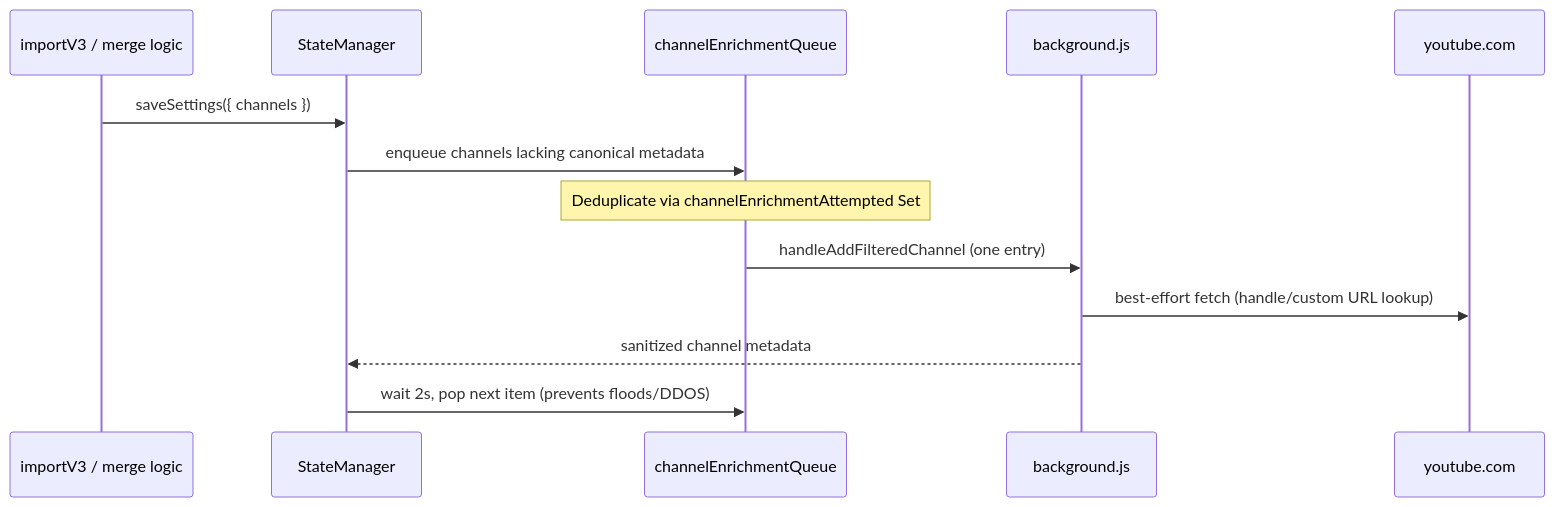
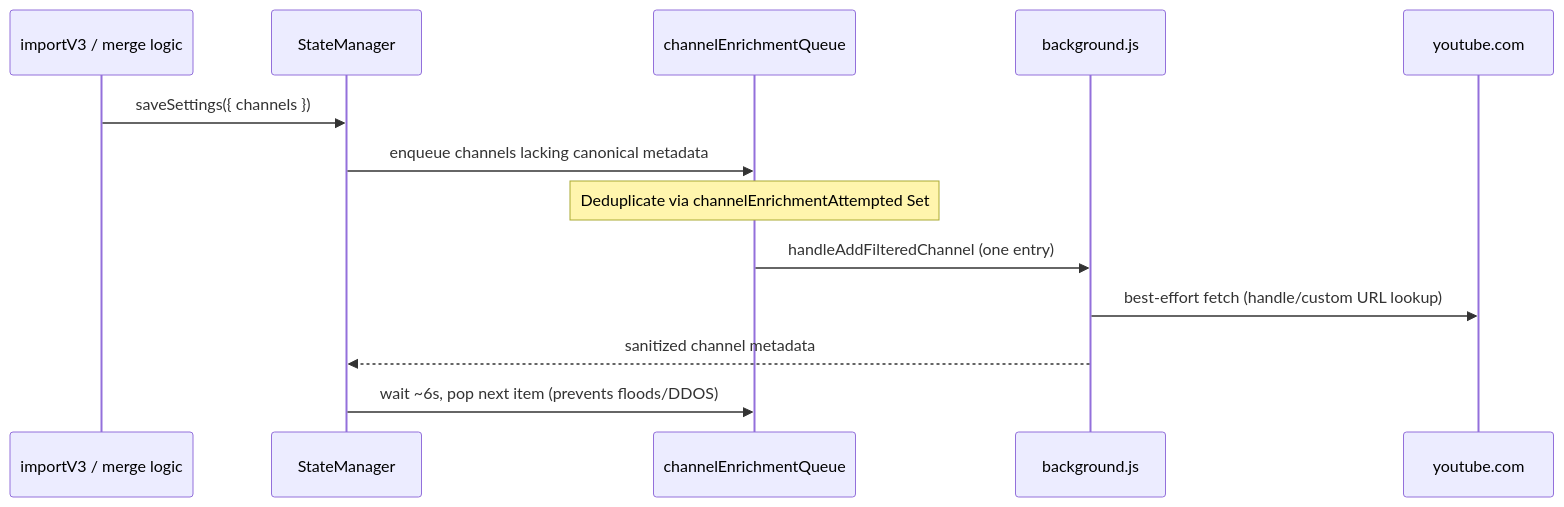
Before and after one commit to varshneydevansh/FilterTube: the sixth of 6 diagrams in docs/TECHNICAL.md, drawn with Mermaid. The commit also changed other lines of this file and 6 other files, not shown here.

````diff
--- a/docs/TECHNICAL.md
+++ b/docs/TECHNICAL.md
@@ -404,16 +404,16 @@
 ```mermaid
 sequenceDiagram
     participant Import as importV3 / merge logic
     participant SM as StateManager
     participant Queue as channelEnrichmentQueue
     participant BG as background.js
     participant YT as youtube.com
 
     Import->>SM: saveSettings({ channels })
     SM->>Queue: enqueue channels lacking canonical metadata
     Note over Queue: Deduplicate via channelEnrichmentAttempted Set
     Queue->>BG: handleAddFilteredChannel (one entry)
     BG->>YT: best-effort fetch (handle/custom URL lookup)
     BG-->>SM: sanitized channel metadata
-    SM->>Queue: wait 2s, pop next item (prevents floods/DDOS)
+    SM->>Queue: wait ~6s, pop next item (prevents floods/DDOS)
 ```
````
